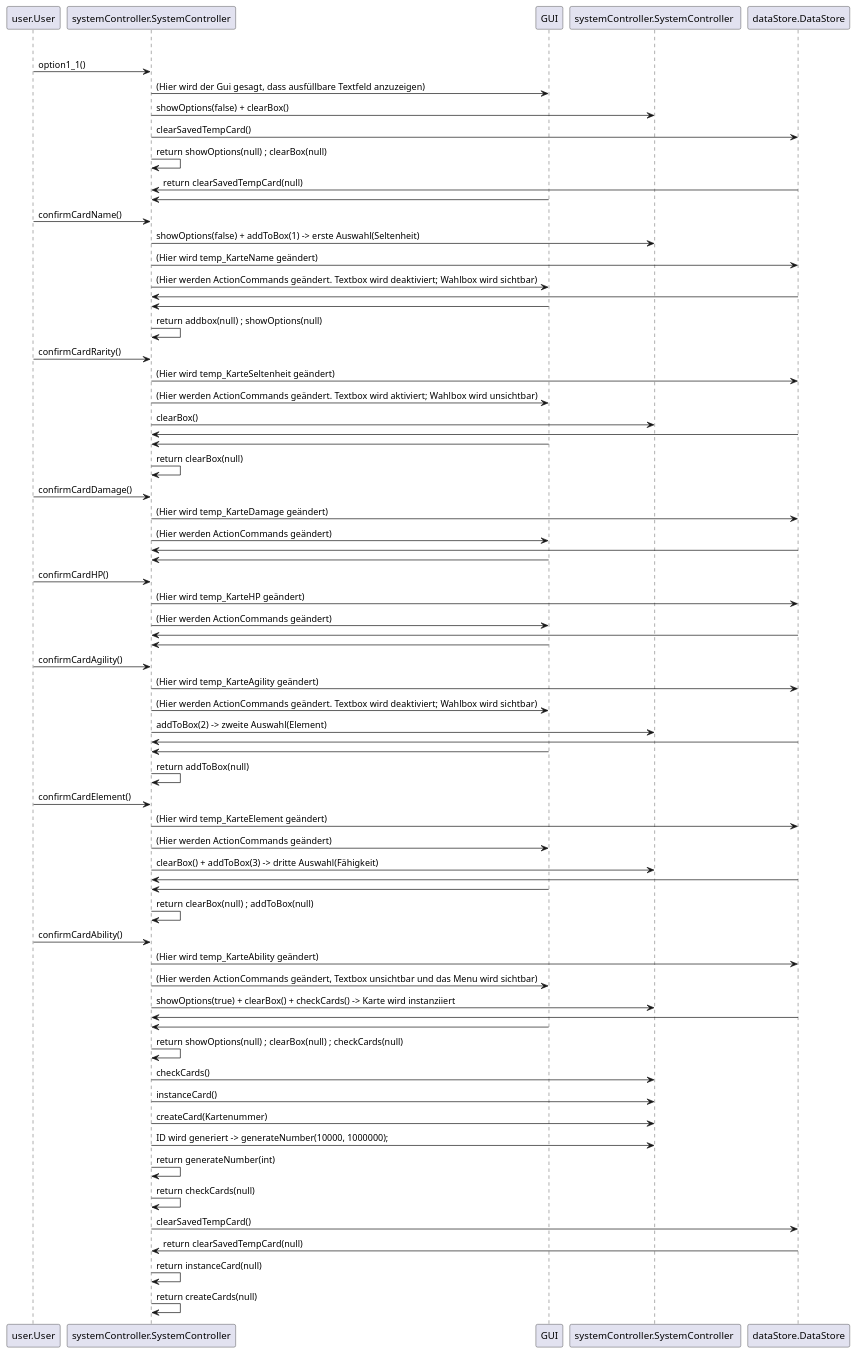
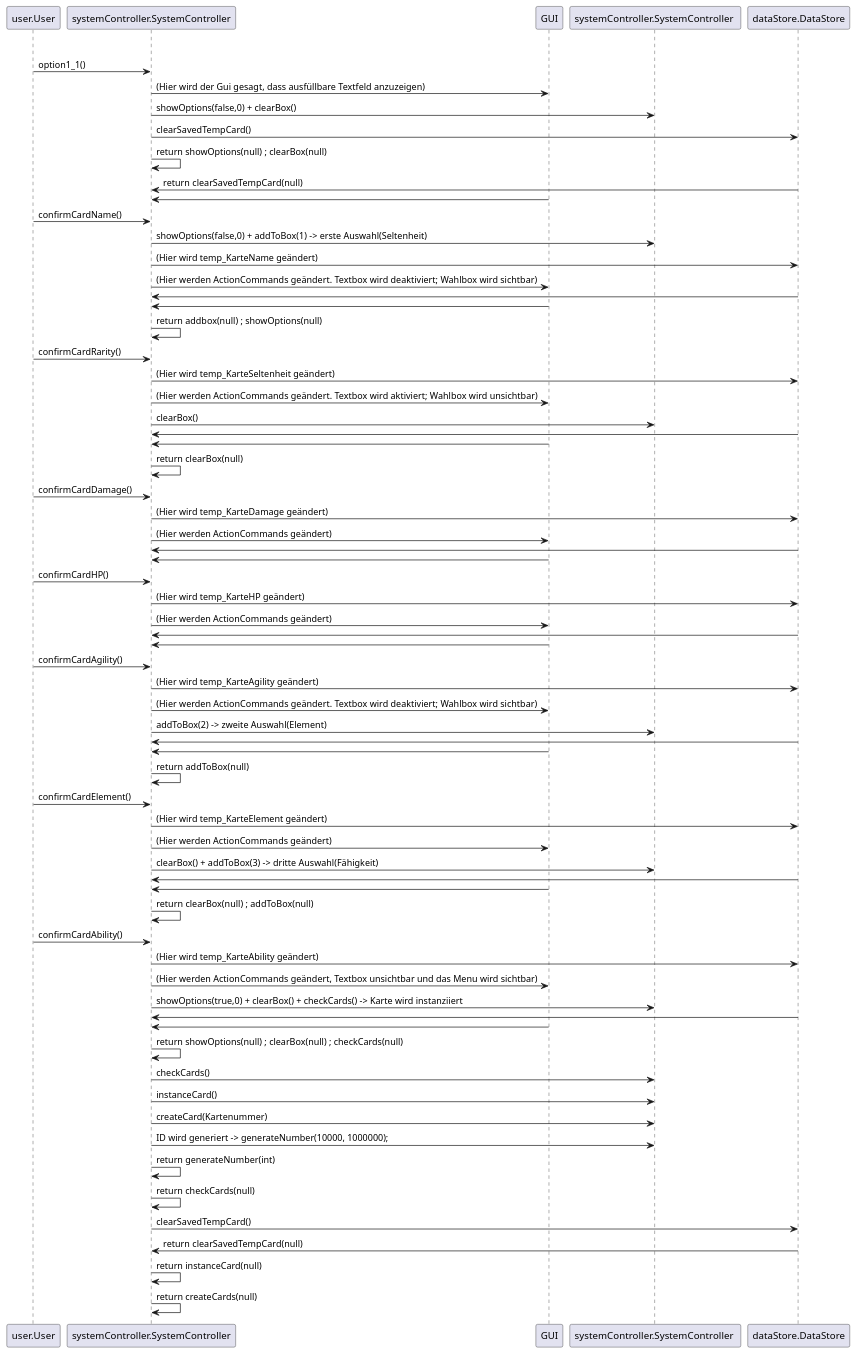
Before and after one commit to teach404W/Verwaltungssoftware_Team_2: the first of 4 diagrams in Docs/Pflichtenheft/Diagramme/Seque.iuml, drawn with PlantUML. The commit also changed other lines of this file and 12 other files, not shown here.

```diff
--- a/Docs/Pflichtenheft/Diagramme/Seque.iuml
+++ b/Docs/Pflichtenheft/Diagramme/Seque.iuml
@@ -1,77 +1,77 @@
-@startuml 
+@startuml  
 ' You can also declare:
 group Karte anlegen [Karte anlegen]
     user.User -> "systemController.SystemController" : option1_1()
     systemController.SystemController -> "GUI" : (Hier wird der Gui gesagt, dass ausfüllbare Textfeld anzuzeigen)
-    systemController.SystemController -> "systemController.SystemController " : showOptions(false) + clearBox()
+    systemController.SystemController -> "systemController.SystemController " : showOptions(false,0) + clearBox()
     systemController.SystemController -> "dataStore.DataStore" : clearSavedTempCard()
     systemController.SystemController  -> "systemController.SystemController" : return showOptions(null) ; clearBox(null)
     dataStore.DataStore -> "systemController.SystemController" : return clearSavedTempCard(null)
 
     GUI -> "systemController.SystemController" : 
     user.User -> "systemController.SystemController" : confirmCardName()
-        systemController.SystemController -> "systemController.SystemController " : showOptions(false) + addToBox(1) -> erste Auswahl(Seltenheit)
+        systemController.SystemController -> "systemController.SystemController " : showOptions(false,0) + addToBox(1) -> erste Auswahl(Seltenheit)
         systemController.SystemController -> dataStore.DataStore : (Hier wird temp_KarteName geändert)
         systemController.SystemController -> GUI : (Hier werden ActionCommands geändert. Textbox wird deaktiviert; Wahlbox wird sichtbar)
         dataStore.DataStore -> systemController.SystemController
         GUI -> systemController.SystemController
         systemController.SystemController  -> "systemController.SystemController" : return addbox(null) ; showOptions(null)
 
     user.User -> "systemController.SystemController" : confirmCardRarity()
         systemController.SystemController -> dataStore.DataStore : (Hier wird temp_KarteSeltenheit geändert)
         systemController.SystemController -> GUI : (Hier werden ActionCommands geändert. Textbox wird aktiviert; Wahlbox wird unsichtbar)
         systemController.SystemController -> "systemController.SystemController " : clearBox()
         dataStore.DataStore -> systemController.SystemController
         GUI -> systemController.SystemController
         systemController.SystemController  -> "systemController.SystemController" : return clearBox(null)
 
     user.User -> "systemController.SystemController" : confirmCardDamage()
         systemController.SystemController -> dataStore.DataStore : (Hier wird temp_KarteDamage geändert)
         systemController.SystemController -> GUI : (Hier werden ActionCommands geändert)
         dataStore.DataStore -> systemController.SystemController
         GUI -> systemController.SystemController
 
     user.User -> "systemController.SystemController" : confirmCardHP()
         systemController.SystemController -> dataStore.DataStore : (Hier wird temp_KarteHP geändert)
         systemController.SystemController -> GUI : (Hier werden ActionCommands geändert)
         dataStore.DataStore -> systemController.SystemController
         GUI -> systemController.SystemController
 
     user.User -> "systemController.SystemController" : confirmCardAgility()
 
         systemController.SystemController -> dataStore.DataStore : (Hier wird temp_KarteAgility geändert)
         systemController.SystemController -> GUI : (Hier werden ActionCommands geändert. Textbox wird deaktiviert; Wahlbox wird sichtbar)
         systemController.SystemController -> "systemController.SystemController " : addToBox(2) -> zweite Auswahl(Element)
         dataStore.DataStore -> systemController.SystemController
         GUI -> systemController.SystemController
         systemController.SystemController  -> "systemController.SystemController" : return addToBox(null)
 
     user.User -> "systemController.SystemController" : confirmCardElement()
         systemController.SystemController -> dataStore.DataStore : (Hier wird temp_KarteElement geändert)
         systemController.SystemController -> GUI : (Hier werden ActionCommands geändert)
         systemController.SystemController -> "systemController.SystemController " : clearBox() + addToBox(3) -> dritte Auswahl(Fähigkeit)
         dataStore.DataStore -> systemController.SystemController
         GUI -> systemController.SystemController
         systemController.SystemController  -> "systemController.SystemController" : return clearBox(null) ; addToBox(null)
 
     user.User -> "systemController.SystemController" : confirmCardAbility()
 
         systemController.SystemController -> dataStore.DataStore : (Hier wird temp_KarteAbility geändert)
         systemController.SystemController -> GUI : (Hier werden ActionCommands geändert, Textbox unsichtbar und das Menu wird sichtbar)
-        systemController.SystemController -> "systemController.SystemController " : showOptions(true) + clearBox() + checkCards() -> Karte wird instanziiert
+        systemController.SystemController -> "systemController.SystemController " : showOptions(true,0) + clearBox() + checkCards() -> Karte wird instanziiert
         dataStore.DataStore -> systemController.SystemController
         GUI -> systemController.SystemController
         systemController.SystemController  -> "systemController.SystemController" : return showOptions(null) ; clearBox(null) ; checkCards(null)
 
         systemController.SystemController -> "systemController.SystemController " : checkCards()
         systemController.SystemController -> "systemController.SystemController " : instanceCard()
         systemController.SystemController -> "systemController.SystemController " : createCard(Kartenummer)
         systemController.SystemController -> "systemController.SystemController " : ID wird generiert -> generateNumber(10000, 1000000);
         systemController.SystemController  -> "systemController.SystemController" : return generateNumber(int)
         systemController.SystemController  -> "systemController.SystemController" : return checkCards(null)
         systemController.SystemController -> "dataStore.DataStore" : clearSavedTempCard()
         dataStore.DataStore -> "systemController.SystemController" : return clearSavedTempCard(null)
         systemController.SystemController  -> "systemController.SystemController" : return instanceCard(null)
         systemController.SystemController  -> "systemController.SystemController" : return createCards(null)
 
 @enduml
```
